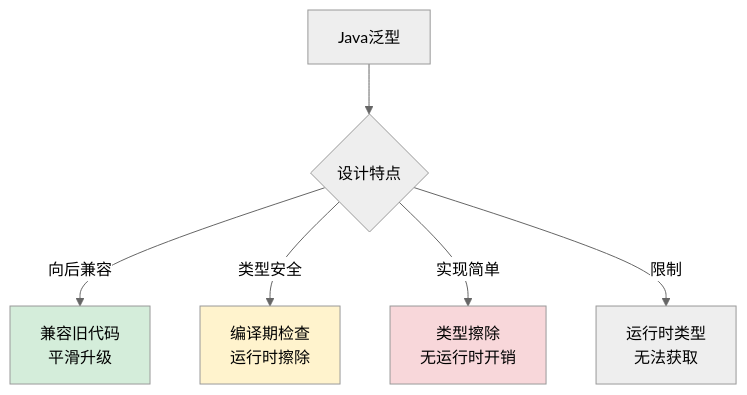
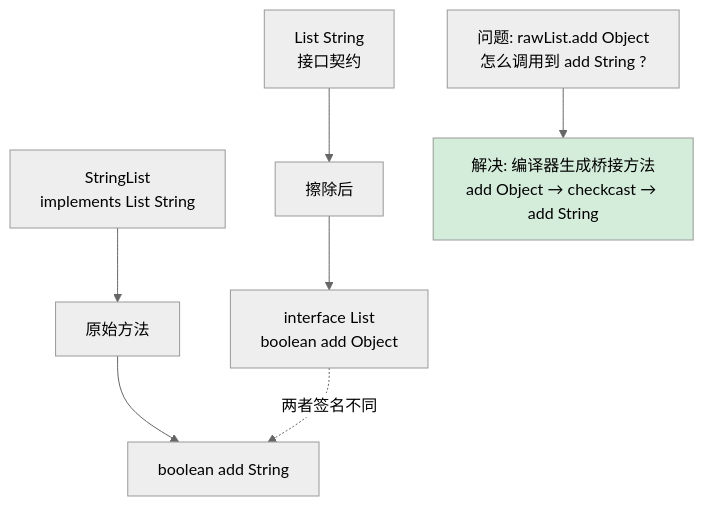
Diagram 20 of 28 in 00.通用技术的提升/02.程序编程原理/04.泛型设计灵魂思想.md (chongyang211/YCBookBlog), drawn with Mermaid (neutral theme) before and after one commit. The commit also changed other lines of this file and 6 other files, not shown here.

````diff
--- a/00.通用技术的提升/02.程序编程原理/04.泛型设计灵魂思想.md
+++ b/00.通用技术的提升/02.程序编程原理/04.泛型设计灵魂思想.md
@@ -1249,12 +1934,15 @@
 ```mermaid
-graph TB
-    A[Java泛型] --> B{设计特点}
-    B -->|向后兼容| C[兼容旧代码<br/>平滑升级]
-    B -->|类型安全| D[编译期检查<br/>运行时擦除]
-    B -->|实现简单| E[类型擦除<br/>无运行时开销]
-    B -->|限制| F[运行时类型<br/>无法获取]
+flowchart TD
+    A[List String <br/>接口契约] --> B[擦除后]
+    B --> C[interface List<br/>boolean add Object ]
     
-    style C fill:#d4edda
-    style D fill:#fff3cd
-    style E fill:#f8d7da
+    D[StringList<br/>implements List String ] --> E[原始方法]
+    E --> F[boolean add String ]
+    
+    C -.两者签名不同.-> F
+    
+    G[问题: rawList.add Object<br/>怎么调用到 add String ?]
+    G --> H[解决: 编译器生成桥接方法<br/>add Object → checkcast → add String ]
+
+    style H fill:#d4edda
 ```
````
